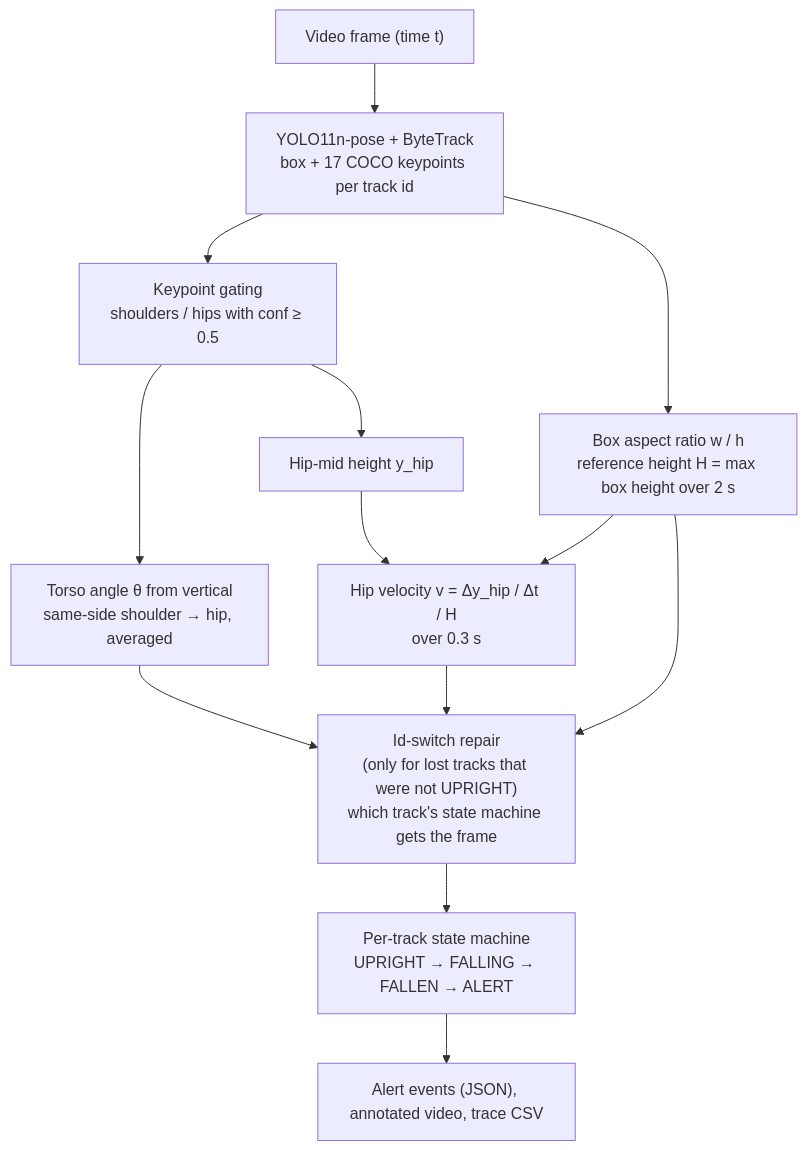
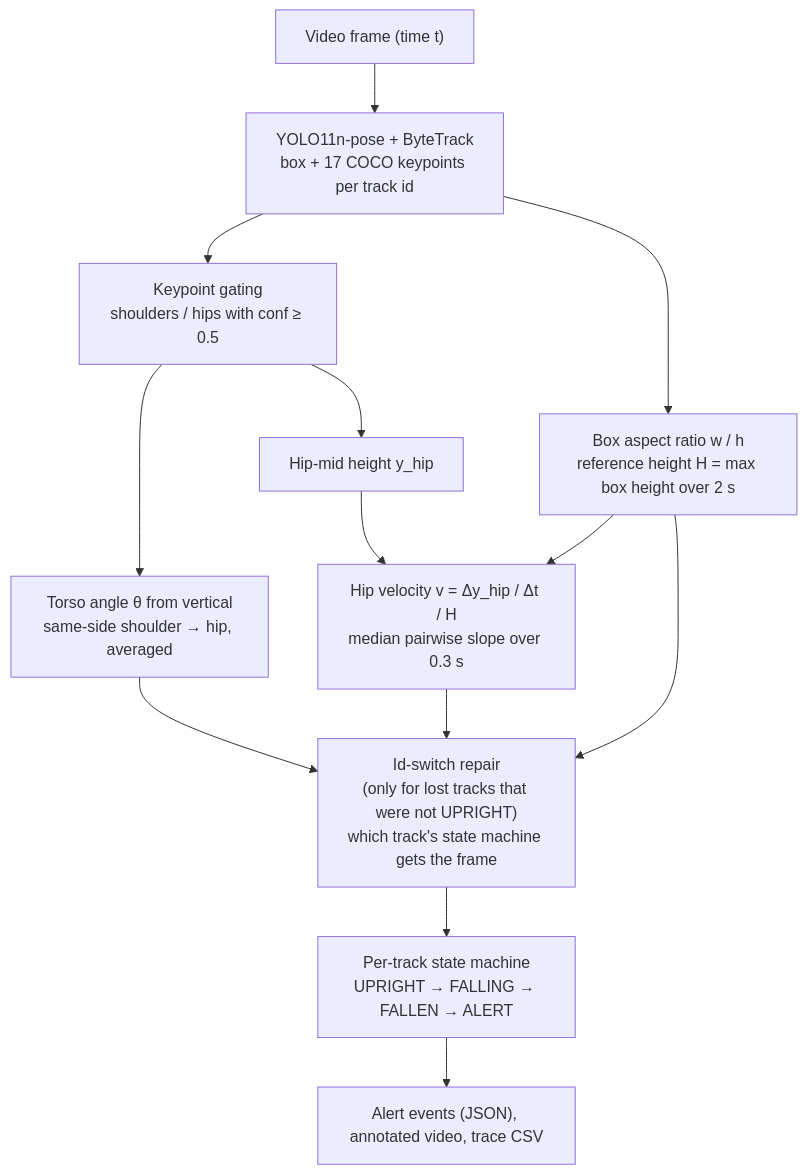
One commit to karemdm/fall-detection-alert changed the first of 2 diagrams in docs/how-it-works.md. Above: the diagram before and after it, drawn with Mermaid. The commit also changed other lines of this file and 3 other files, not shown here.

Commit message:
Estimate hip velocity as a median pairwise slope and keep the sample before the window

````diff
--- a/docs/how-it-works.md
+++ b/docs/how-it-works.md
@@ -8,15 +8,15 @@
 ```mermaid
 flowchart TD
     A["Video frame (time t)"] --> B["YOLO11n-pose + ByteTrack<br/>box + 17 COCO keypoints per track id"]
     B --> C["Keypoint gating<br/>shoulders / hips with conf ≥ 0.5"]
     C --> D["Torso angle θ from vertical<br/>same-side shoulder → hip, averaged"]
     C --> E["Hip-mid height y_hip"]
     B --> F["Box aspect ratio w / h<br/>reference height H = max box height over 2 s"]
-    E --> G["Hip velocity v = Δy_hip / Δt / H<br/>over 0.3 s"]
+    E --> G["Hip velocity v = Δy_hip / Δt / H<br/>median pairwise slope over 0.3 s"]
     F --> G
     D --> R["Id-switch repair<br/>(only for lost tracks that were not UPRIGHT)<br/>which track's state machine gets the frame"]
     F --> R
     G --> R
     R --> H["Per-track state machine<br/>UPRIGHT → FALLING → FALLEN → ALERT"]
     H --> L["Alert events (JSON), annotated video, trace CSV"]
 ```
````
